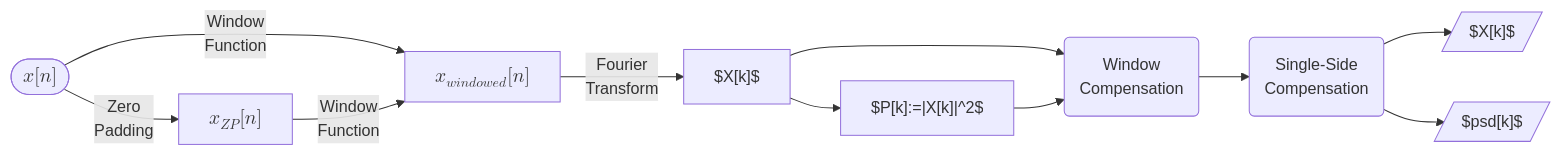
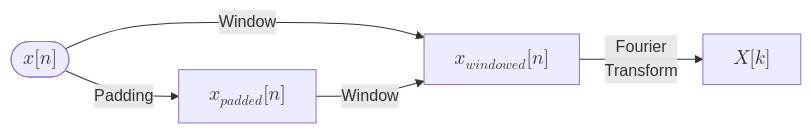
One commit to jiutongzhao/Time-Series-Data-Analysis changed the second of 2 diagrams in docs/chap2.md. Above: the diagram before and after it, drawn with Mermaid. The commit also changed other lines of this file and 22 other files, not shown here.

````diff
--- a/docs/chap2.md
+++ b/docs/chap2.md
@@ -199,32 +270,12 @@
 ```mermaid
 graph LR
 
-A(["$$x[n]$$"]) -->|Window 
-Function|B@{ shape: rect, label: "$$x_{windowed}[n]$$" }
+A(["$$x[n]$$"]) -->|Window|B@{ shape: rect, label: "$$x_{windowed}[n]$$" }
 
-A-->|Zero
-Padding|C@{shape:rect, label: "$$x_{ZP}[n]$$"}
+A-->|Padding|C@{shape:rect, label: "$$x_{padded}[n]$$"}
 
-C -->|Window
-Function|B
+C -->|Window|B
 
 B -->|Fourier
-Transform|D@{shape: rect, label: "$X[k]$"}
-
-D -->H["$P[k]:=|X[k]|^2$"]
-
-D --> E(Window
-Compensation)
-
-E --> F(Single-Side
-Compensation)
-
-F --> G@{ shape: lean-r, label: "$X[k]$"}
-
-
-H --> E(Window
-Compensation)
-
-F --> K@{ shape: lean-r, label: "$psd[k]$"}
-
+Transform|D@{shape: rect, label: "$$X[k]$$"}
 ```
````
